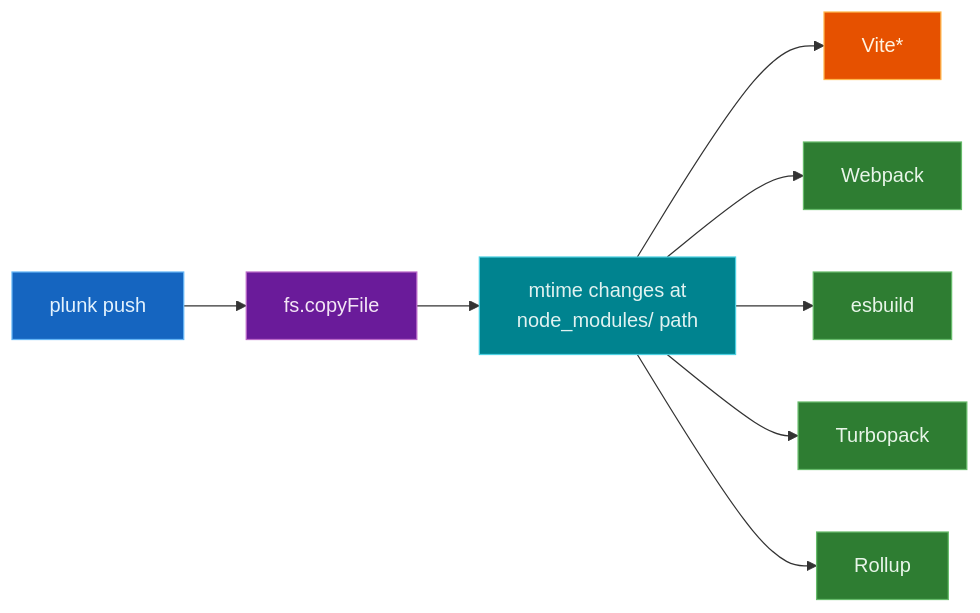
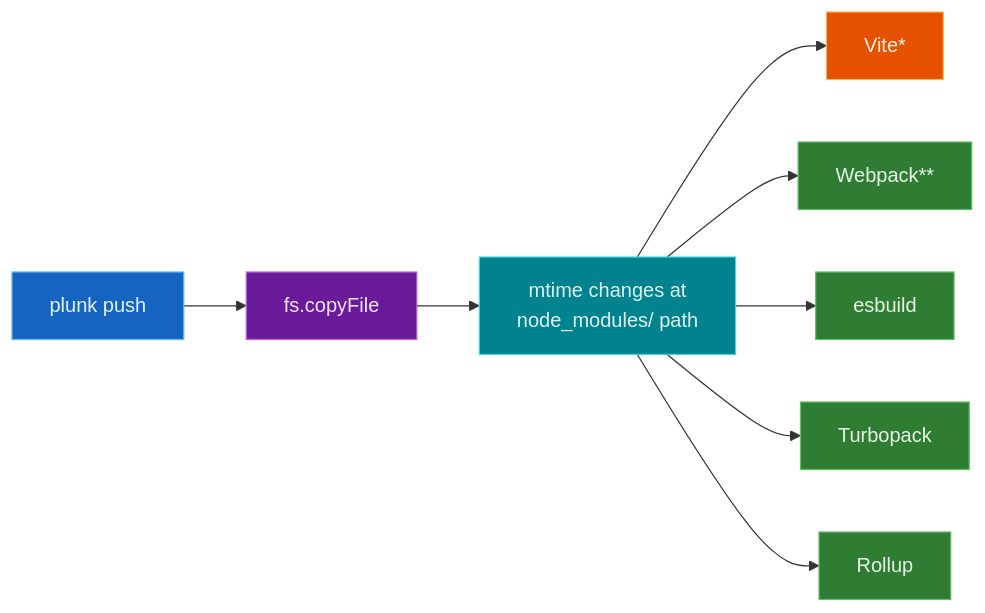
Before and after one commit to oleg-kuibar/plunk: the second of 2 diagrams in docs/bundlers.md, drawn with Mermaid. The commit also changed other lines of this file and 10 other files, not shown here.

````diff
--- a/docs/bundlers.md
+++ b/docs/bundlers.md
@@ -141,19 +173,19 @@
 ```mermaid
 graph LR
     P[plunk push] --> FS[fs.copyFile]
     FS --> E1[mtime changes at<br/>node_modules/ path]
     E1 --> V[Vite*]
-    E1 --> W[Webpack]
+    E1 --> W[Webpack**]
     E1 --> ES[esbuild]
     E1 --> T[Turbopack]
     E1 --> R[Rollup]
 
     style P fill:#1565c0,stroke:#64b5f6,color:#e3f2fd
     style FS fill:#6a1b9a,stroke:#ba68c8,color:#f3e5f5
     style E1 fill:#00838f,stroke:#4dd0e1,color:#e0f2f1
     style V fill:#e65100,stroke:#ffb74d,color:#fff3e0
     style W fill:#2e7d32,stroke:#66bb6a,color:#e8f5e9
     style ES fill:#2e7d32,stroke:#66bb6a,color:#e8f5e9
     style T fill:#2e7d32,stroke:#66bb6a,color:#e8f5e9
     style R fill:#2e7d32,stroke:#66bb6a,color:#e8f5e9
 ```
````
